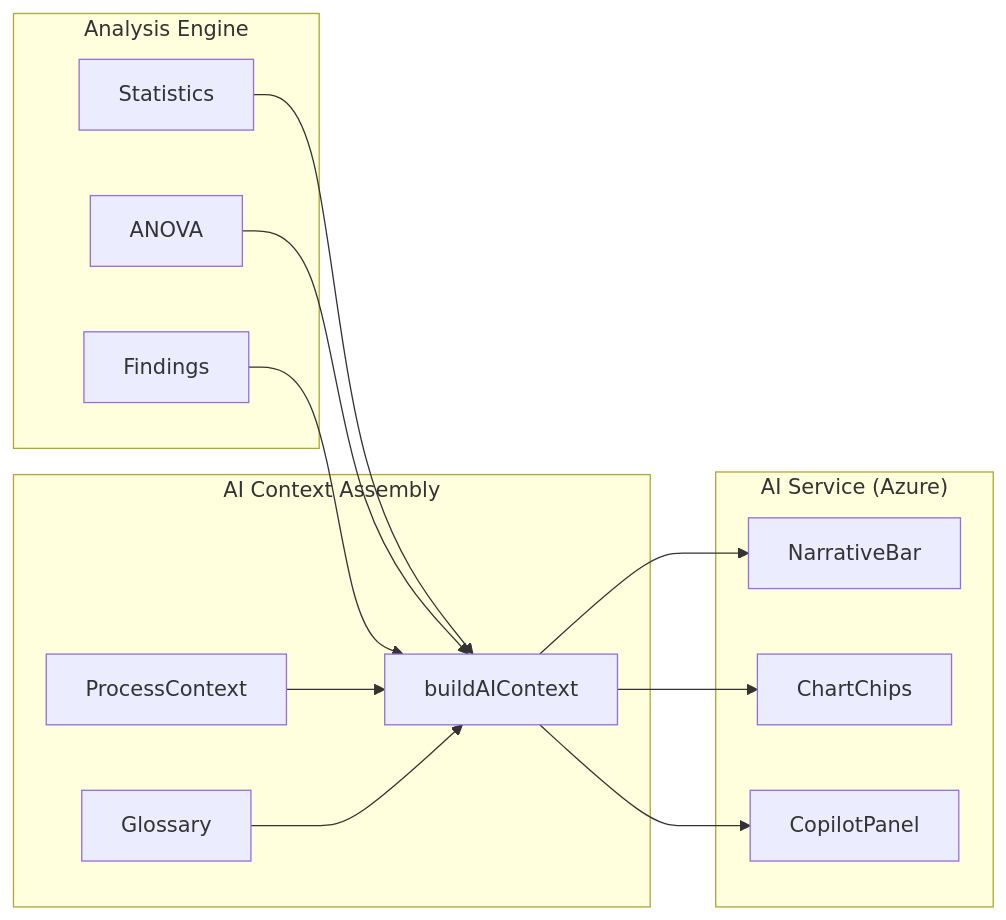
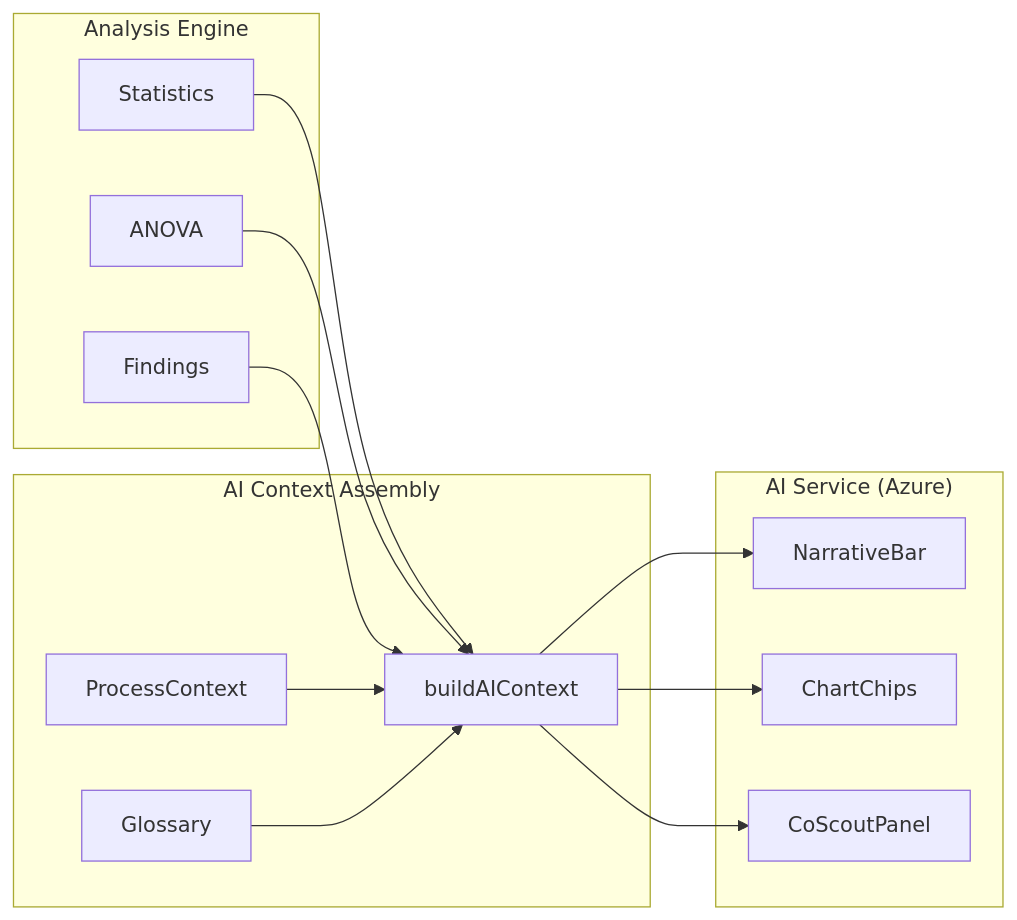
Before and after one commit to jukka-matti/variscout: diagram 11 of 12 in docs/05-technical/architecture/data-flow.md, drawn with Mermaid. The commit also changed 46 other files, not shown here.

First line of the commit message:
refactor: rename Copilot → CoScout throughout codebase

````diff
--- a/docs/05-technical/architecture/data-flow.md
+++ b/docs/05-technical/architecture/data-flow.md
@@ -293,29 +293,29 @@
 ```mermaid
 flowchart LR
     subgraph Analysis["Analysis Engine"]
         S[Statistics]
         A[ANOVA]
         F[Findings]
     end
 
     subgraph Context["AI Context Assembly"]
         BC[buildAIContext]
         PC[ProcessContext]
         GL[Glossary]
     end
 
     subgraph AI["AI Service (Azure)"]
         NB[NarrativeBar]
         CC[ChartChips]
-        CP[CopilotPanel]
+        CP[CoScoutPanel]
     end
 
     S --> BC
     A --> BC
     F --> BC
     PC --> BC
     GL --> BC
     BC --> NB
     BC --> CC
     BC --> CP
 ```
````
